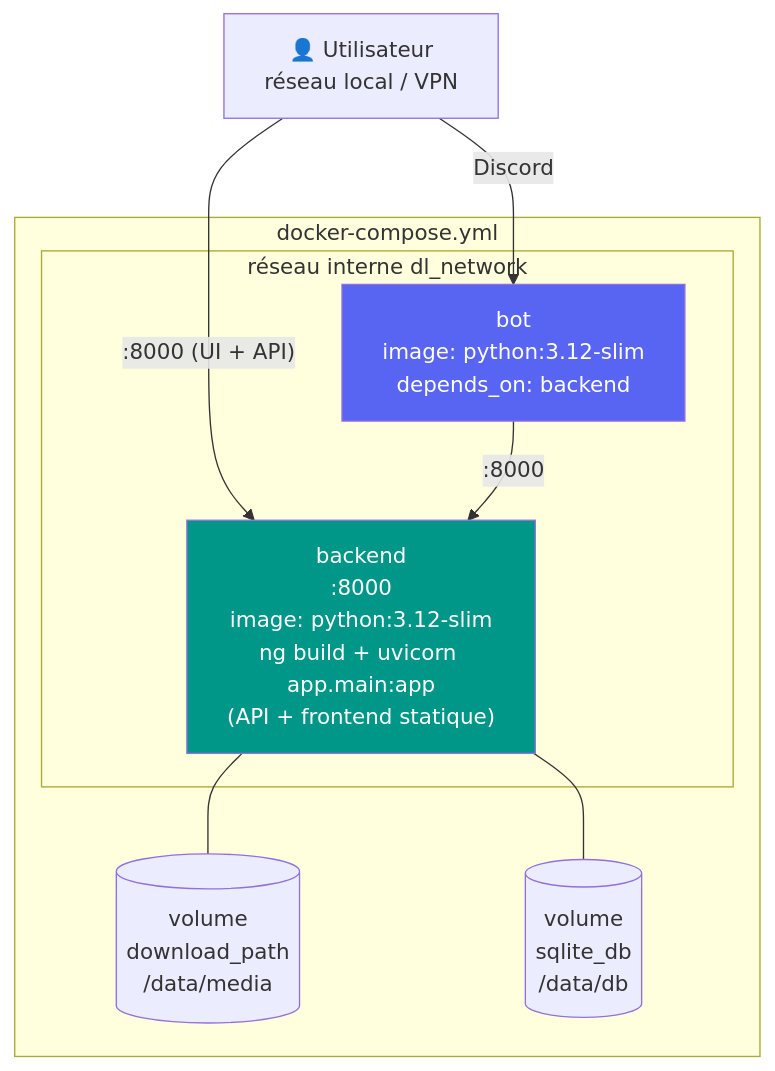
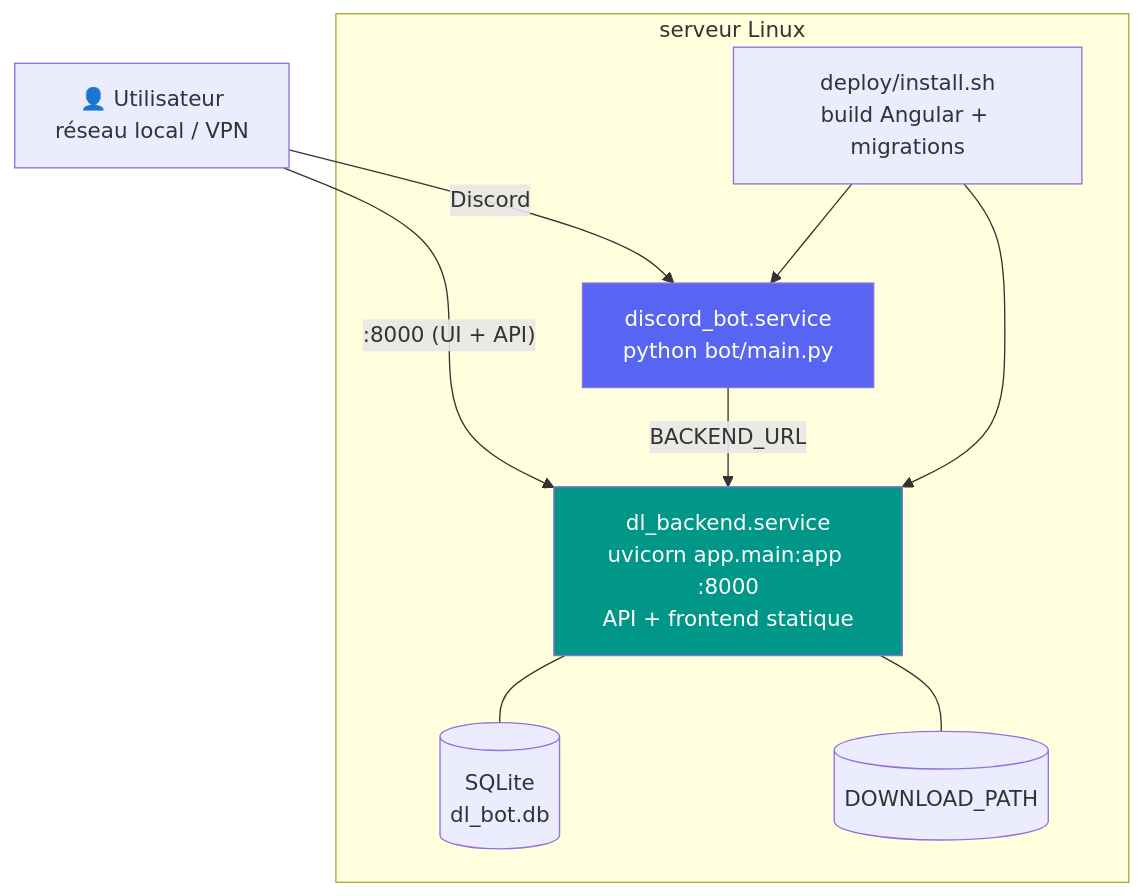
The seventh of 7 diagrams in docs/architecture-v2.md (Gon3s/dl_discord_bot), drawn with Mermaid before and after one commit. The commit also changed other lines of this file and 38 other files, not shown here.

````diff
--- a/docs/architecture-v2.md
+++ b/docs/architecture-v2.md
@@ -370,21 +377,21 @@
 ```mermaid
 graph TB
-    subgraph docker["docker-compose.yml"]
-        subgraph net["réseau interne dl_network"]
-            BE["backend<br/>:8000<br/>image: python:3.12-slim<br/>ng build + uvicorn app.main:app<br/>(API + frontend statique)"]
-            BOT["bot<br/>image: python:3.12-slim<br/>depends_on: backend"]
-        end
-
-        V1[("volume<br/>download_path<br/>/data/media")]
-        V2[("volume<br/>sqlite_db<br/>/data/db")]
+    subgraph host["serveur Linux"]
+        INSTALL["deploy/install.sh<br/>build Angular + migrations"]
+        BE["dl_backend.service<br/>uvicorn app.main:app :8000<br/>API + frontend statique"]
+        BOT["discord_bot.service<br/>python bot/main.py"]
+        DB[("SQLite<br/>dl_bot.db")]
+        MEDIA[("DOWNLOAD_PATH")]
     end
 
     USER["👤 Utilisateur<br/>réseau local / VPN"] -->|":8000 (UI + API)"| BE
     USER -->|Discord| BOT
-    BOT -->|:8000| BE
-    BE --- V1
-    BE --- V2
+    BOT -->|BACKEND_URL| BE
+    INSTALL --> BE
+    INSTALL --> BOT
+    BE --- DB
+    BE --- MEDIA
 
     style BE fill:#009688,color:#fff
     style BOT fill:#5865F2,color:#fff
 ```
````
